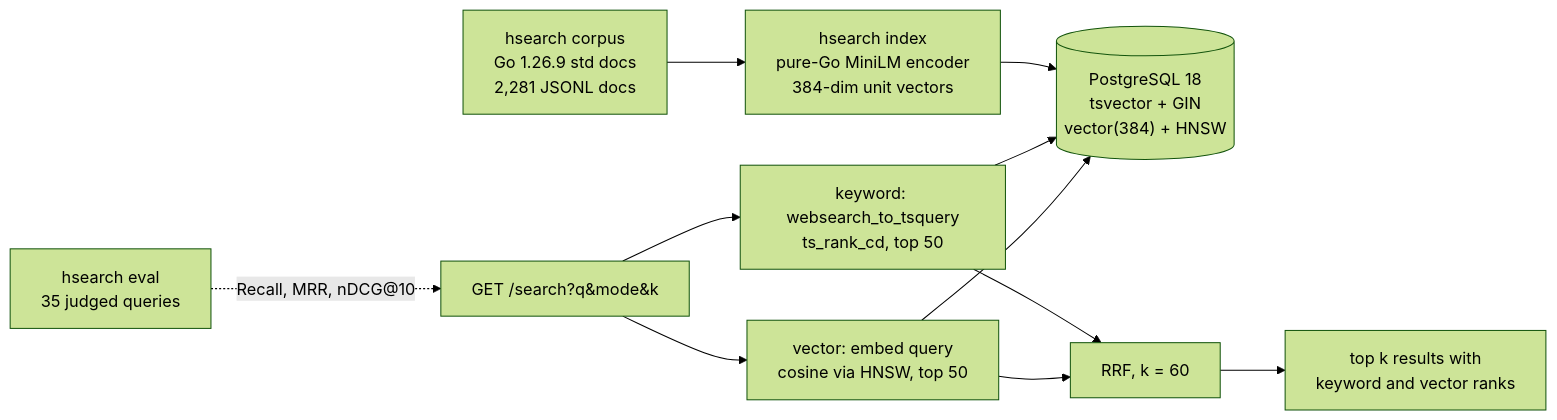
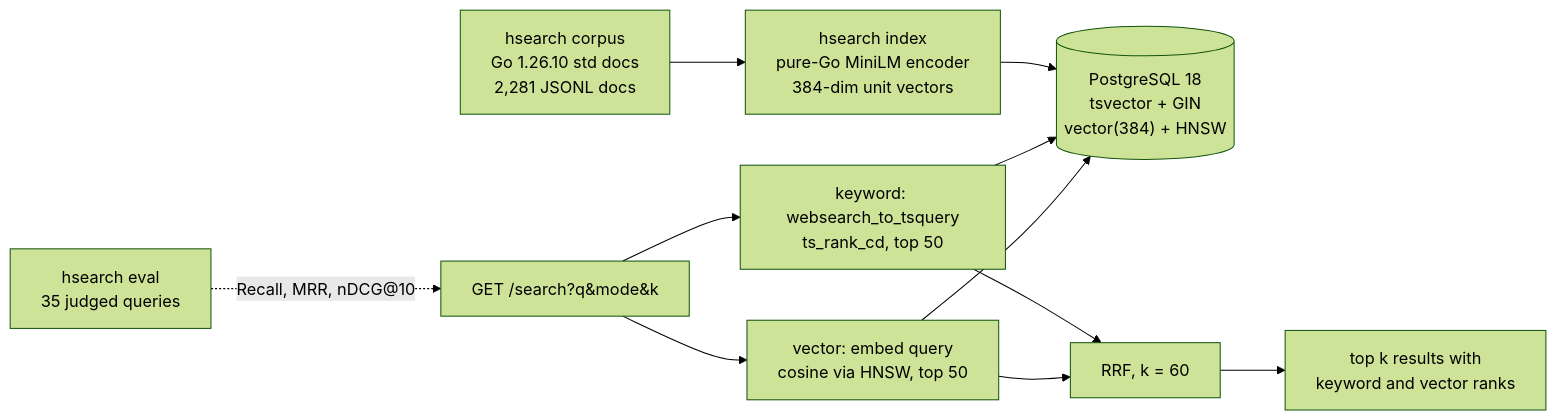
The diagram in README.md (EquinoxWN/hybrid-search-service), drawn with Mermaid (forest theme) before and after one commit. The commit also changed other lines of this file and 7 other files, not shown here.

````diff
--- a/README.md
+++ b/README.md
@@ -34,13 +34,13 @@
 ```mermaid
 flowchart LR
-  C["hsearch corpus<br/>Go 1.26.9 std docs<br/>2,281 JSONL docs"] --> I["hsearch index<br/>pure-Go MiniLM encoder<br/>384-dim unit vectors"]
+  C["hsearch corpus<br/>Go 1.26.10 std docs<br/>2,281 JSONL docs"] --> I["hsearch index<br/>pure-Go MiniLM encoder<br/>384-dim unit vectors"]
   I --> PG[("PostgreSQL 18<br/>tsvector + GIN<br/>vector(384) + HNSW")]
   Q["GET /search?q&mode&k"] --> K["keyword: websearch_to_tsquery<br/>ts_rank_cd, top 50"]
   Q --> V["vector: embed query<br/>cosine via HNSW, top 50"]
   K --> PG
   V --> PG
   K --> F["RRF, k = 60"]
   V --> F
   F --> R["top k results with<br/>keyword and vector ranks"]
   E["hsearch eval<br/>35 judged queries"] -. "Recall, MRR, nDCG@10" .-> Q
 ```
````
